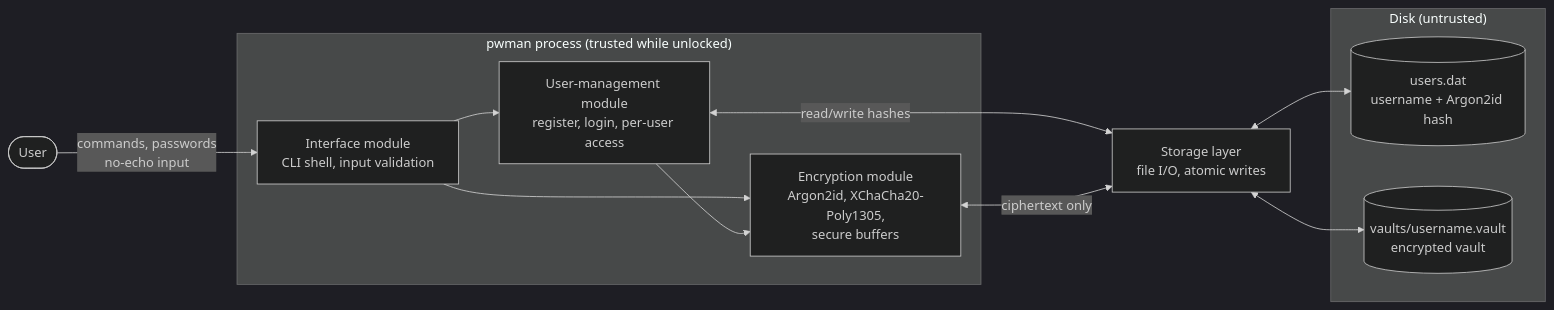
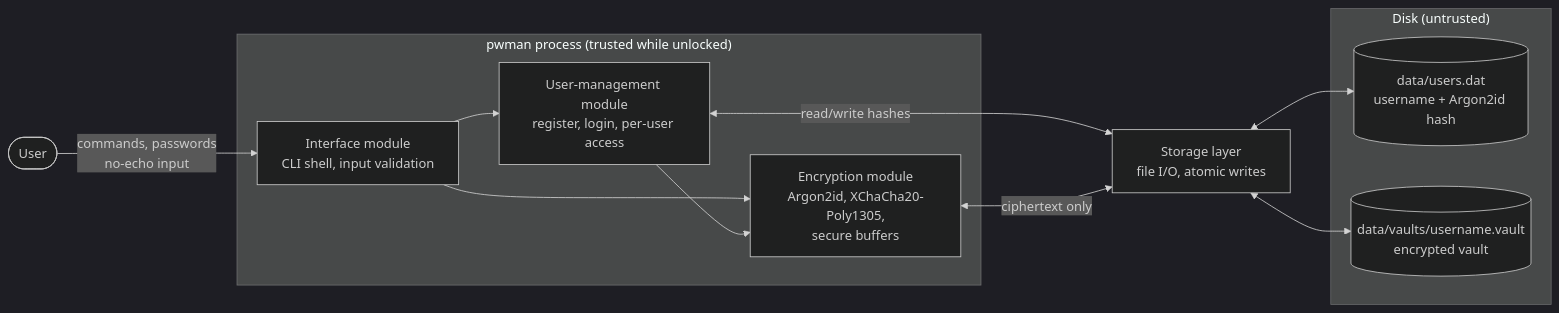
The diagram in docs/DESIGN.md (MaksymFedorov22/ics0022), drawn with Mermaid (dark theme) before and after one commit. The commit also changed other lines of this file and 13 other files, not shown here.

````diff
--- a/docs/DESIGN.md
+++ b/docs/DESIGN.md
@@ -10,23 +10,23 @@
 ```mermaid
 flowchart LR
     U([User]) -->|commands, passwords\nno-echo input| CLI
 
     subgraph P["pwman process (trusted while unlocked)"]
         CLI[Interface module\nCLI shell, input validation]
         UM[User-management module\nregister, login, per-user access]
         EM[Encryption module\nArgon2id, XChaCha20-Poly1305,\nsecure buffers]
         CLI --> UM
         CLI --> EM
         UM --> EM
     end
 
     subgraph D["Disk (untrusted)"]
-        UF[(users.dat\nusername + Argon2id hash)]
-        VF[(vaults/username.vault\nencrypted vault)]
+        UF[(data/users.dat\nusername + Argon2id hash)]
+        VF[(data/vaults/username.vault\nencrypted vault)]
     end
 
     UM <-->|read/write hashes| ST[Storage layer\nfile I/O, atomic writes]
     EM <-->|ciphertext only| ST
     ST <--> UF
     ST <--> VF
 ```
````
